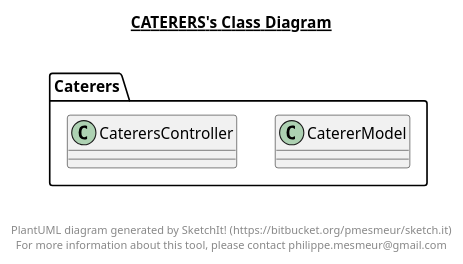
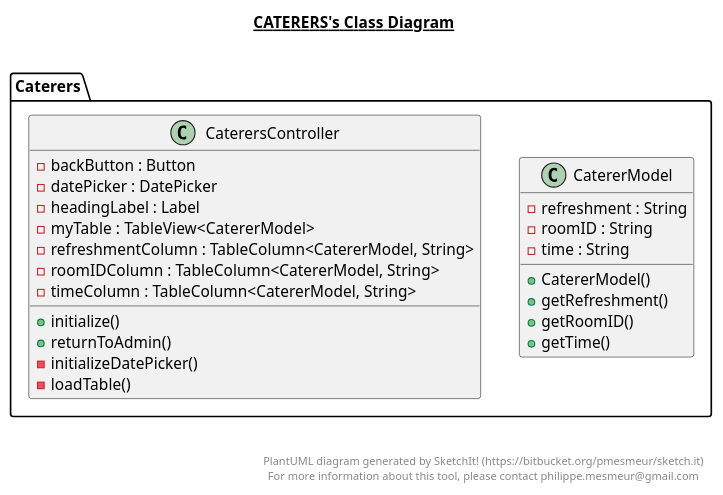
The diagram in src/Caterers/Caterers.plantuml (hegde-atri/meetingBooking), drawn with PlantUML before and after one commit. The commit also changed 6 other files, not shown here.

Commit message:
added UML class diagrams

```diff
--- a/src/Caterers/Caterers.plantuml
+++ b/src/Caterers/Caterers.plantuml
@@ -1,26 +1,44 @@
 @startuml
 
 title __CATERERS's Class Diagram__\n
 
   namespace Caterers {
     class Caterers.CatererModel {
+        - refreshment : String
+        - roomID : String
+        - time : String
+        + CatererModel()
+        + getRefreshment()
+        + getRoomID()
+        + getTime()
     }
   }
   
 
   namespace Caterers {
     class Caterers.CaterersController {
+        - backButton : Button
+        - datePicker : DatePicker
+        - headingLabel : Label
+        - myTable : TableView<CatererModel>
+        - refreshmentColumn : TableColumn<CatererModel, String>
+        - roomIDColumn : TableColumn<CatererModel, String>
+        - timeColumn : TableColumn<CatererModel, String>
+        + initialize()
+        + returnToAdmin()
+        - initializeDatePicker()
+        - loadTable()
     }
   }
   
 
 
 
 right footer
 
 
 PlantUML diagram generated by SketchIt! (https://bitbucket.org/pmesmeur/sketch.it)
 For more information about this tool, please contact philippe.mesmeur@gmail.com
 endfooter
 
 @enduml
```
